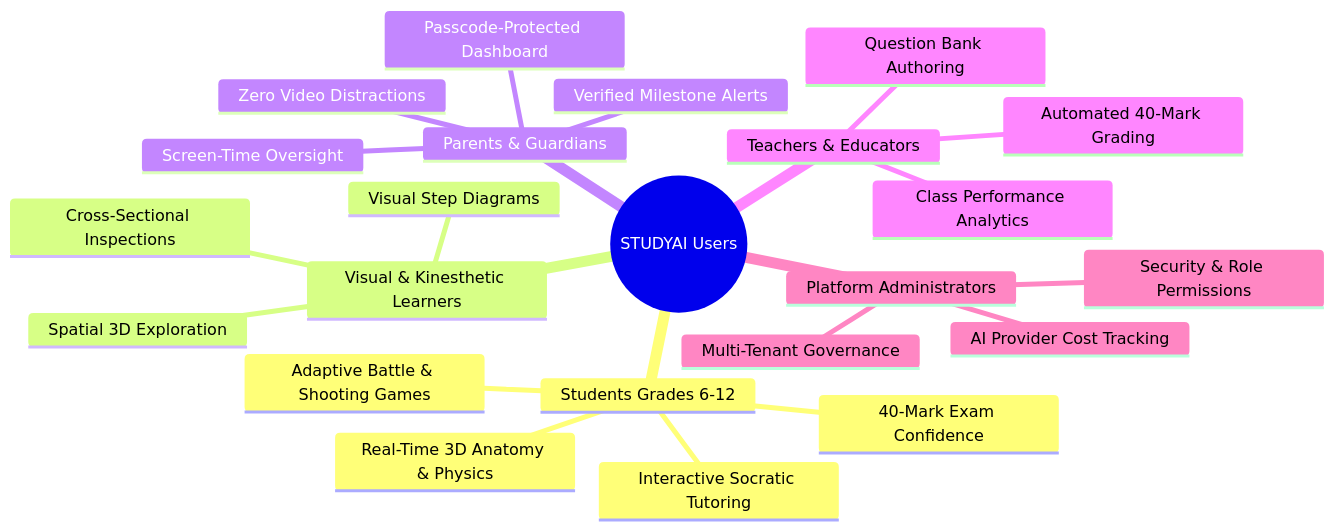
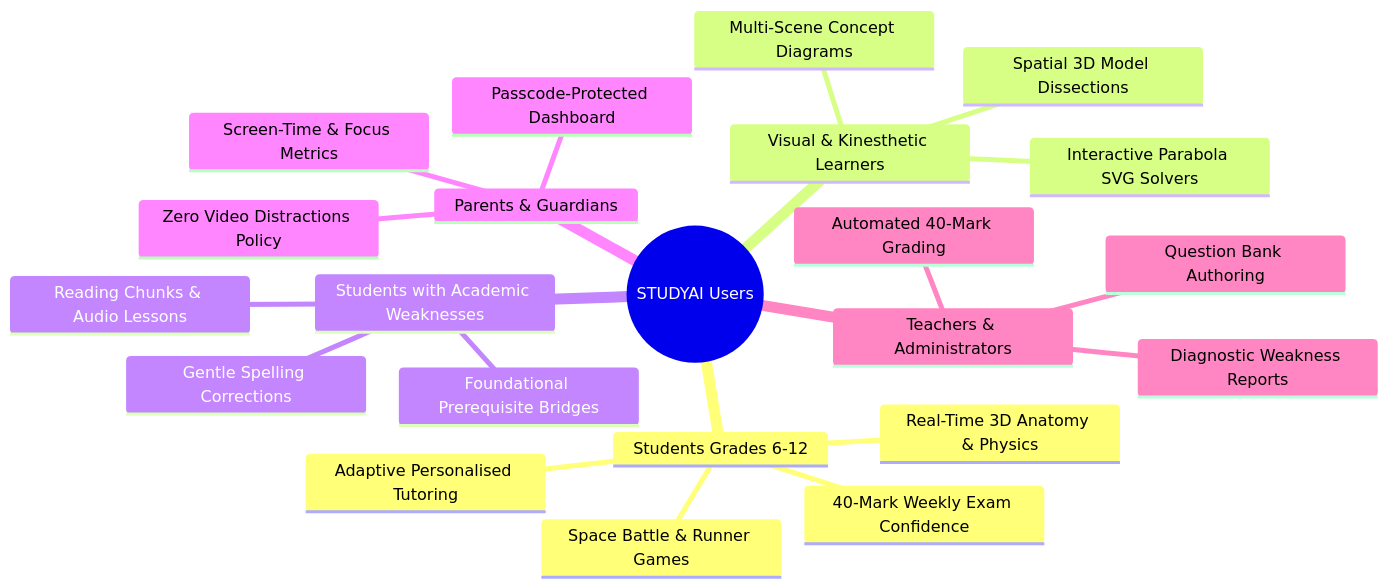
The first of 5 diagrams in README.md (aitutor5566-maker/STUDYAI), drawn with Mermaid before and after one commit. The commit also changed other lines of this file and 4 other files, not shown here.

Commit message:
docs: add adaptive tutor architecture diagrams and updated README

````diff
--- a/README.md
+++ b/README.md
@@ -55,26 +56,25 @@
 ```mermaid
 mindmap
   root((STUDYAI Users))
     Students Grades 6-12
-      Interactive Socratic Tutoring
+      Adaptive Personalised Tutoring
       Real-Time 3D Anatomy & Physics
-      Adaptive Battle & Shooting Games
-      40-Mark Exam Confidence
+      Space Battle & Runner Games
+      40-Mark Weekly Exam Confidence
     Visual & Kinesthetic Learners
-      Spatial 3D Exploration
-      Cross-Sectional Inspections
-      Visual Step Diagrams
+      Spatial 3D Model Dissections
+      Interactive Parabola SVG Solvers
+      Multi-Scene Concept Diagrams
+    Students with Academic Weaknesses
+      Gentle Spelling Corrections
+      Reading Chunks & Audio Lessons
+      Foundational Prerequisite Bridges
     Parents & Guardians
       Passcode-Protected Dashboard
-      Screen-Time Oversight
-      Zero Video Distractions
-      Verified Milestone Alerts
-    Teachers & Educators
+      Screen-Time & Focus Metrics
+      Zero Video Distractions Policy
+    Teachers & Administrators
       Question Bank Authoring
       Automated 40-Mark Grading
-      Class Performance Analytics
-    Platform Administrators
-      Multi-Tenant Governance
-      AI Provider Cost Tracking
-      Security & Role Permissions
+      Diagnostic Weakness Reports
 ```
````
